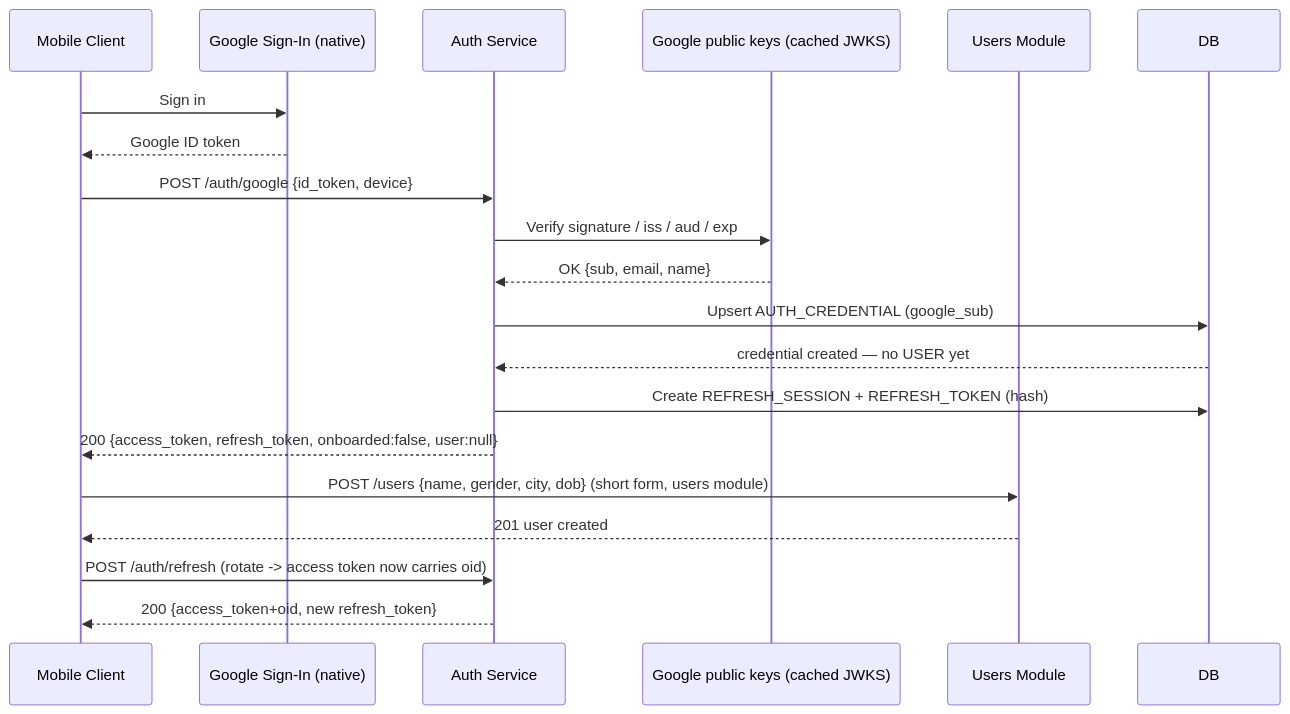
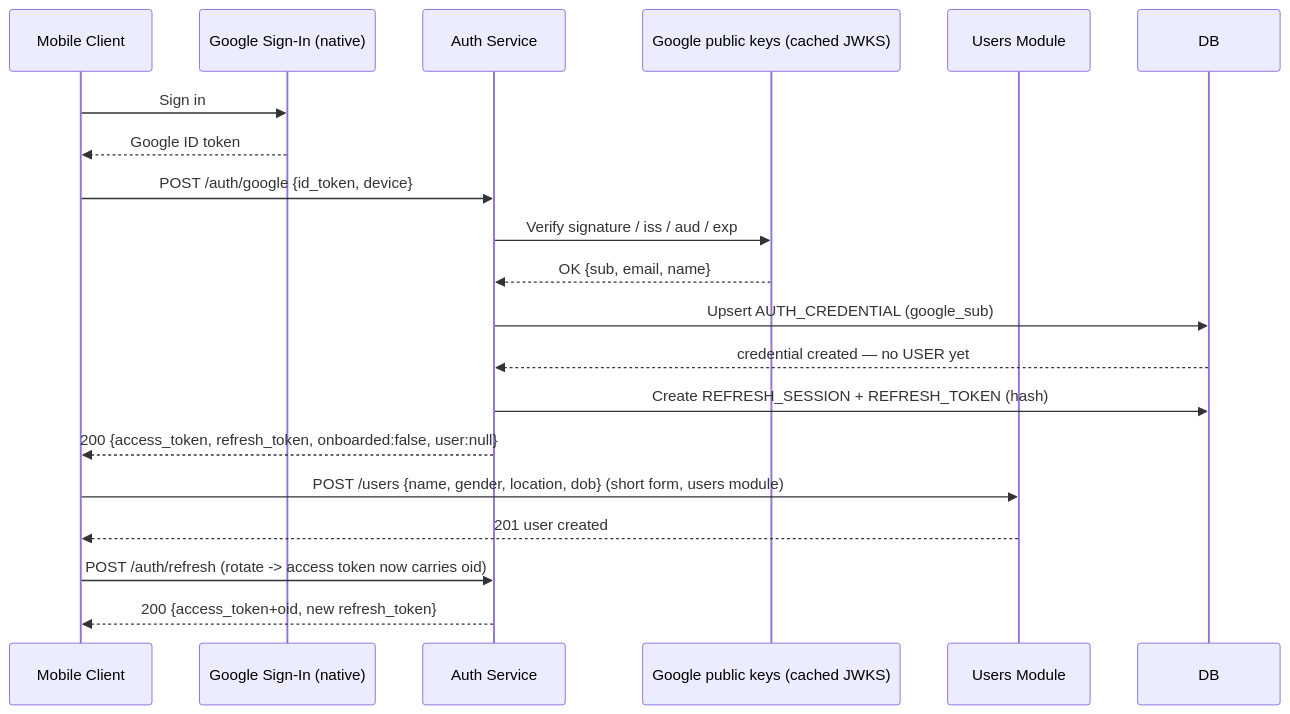
The first of 4 diagrams in api-design/auth.md (cheetah-org/fold-design), drawn with Mermaid before and after one commit. The commit also changed other lines of this file and 12 other files, not shown here.

First line of the commit message:
Sync ER diagram with API specs, replace city with location/region, fix cross-doc errors

````diff
--- a/api-design/auth.md
+++ b/api-design/auth.md
@@ -527,23 +527,23 @@
 ```mermaid
 sequenceDiagram
     participant C as Mobile Client
     participant G as Google Sign-In (native)
     participant A as Auth Service
     participant J as Google public keys (cached JWKS)
     participant U as Users Module
     participant DB as DB
 
     C->>G: Sign in
     G-->>C: Google ID token
     C->>A: POST /auth/google {id_token, device}
     A->>J: Verify signature / iss / aud / exp
     J-->>A: OK {sub, email, name}
     A->>DB: Upsert AUTH_CREDENTIAL (google_sub)
     DB-->>A: credential created — no USER yet
     A->>DB: Create REFRESH_SESSION + REFRESH_TOKEN (hash)
     A-->>C: 200 {access_token, refresh_token, onboarded:false, user:null}
-    C->>U: POST /users {name, gender, city, dob} (short form, users module)
+    C->>U: POST /users {name, gender, location, dob} (short form, users module)
     U-->>C: 201 user created
     C->>A: POST /auth/refresh (rotate -> access token now carries oid)
     A-->>C: 200 {access_token+oid, new refresh_token}
 ```
````
